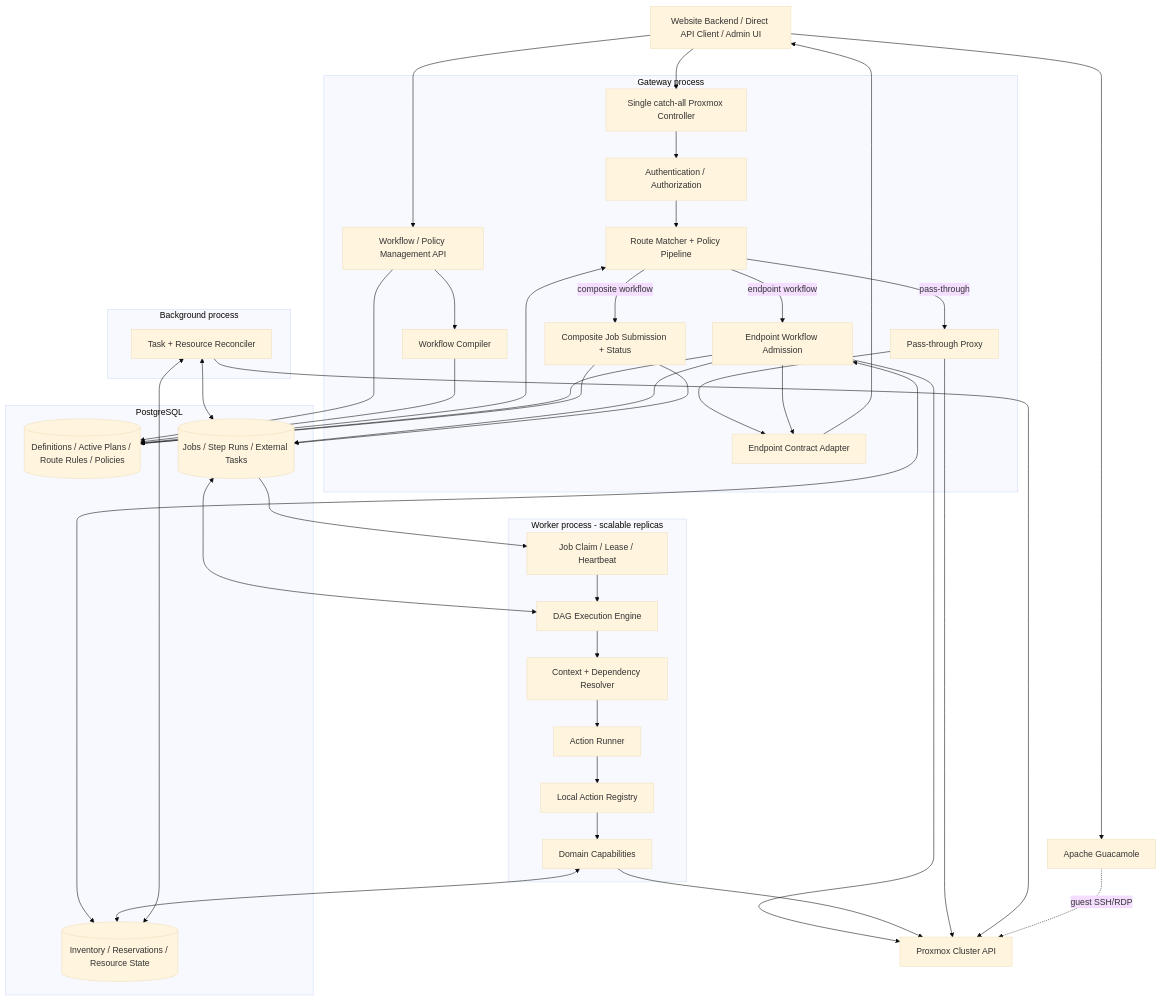
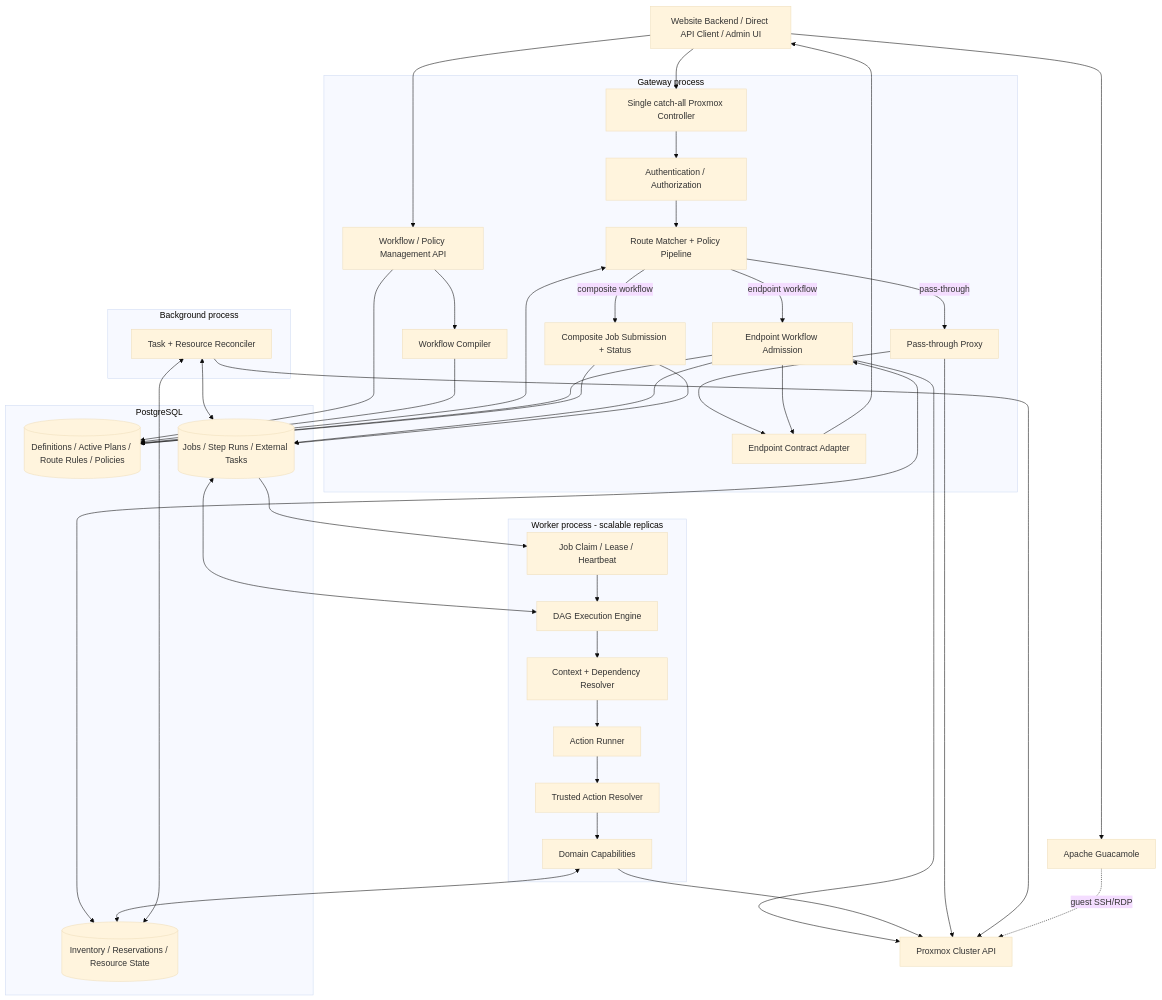
The second of 8 diagrams in README.md (chiennc4805/proxmox-load-balancer), drawn with Mermaid (base theme) before and after one commit. The commit also changed other lines of this file and 31 other files, not shown here.

````diff
--- a/README.md
+++ b/README.md
@@ -132,67 +132,67 @@
 ```mermaid
 flowchart TB
     CLIENT[Website Backend / Direct API Client / Admin UI]
 
     subgraph API[Gateway process]
         CTRL[Single catch-all Proxmox Controller]
         AUTH[Authentication / Authorization]
         ROUTE[Route Matcher + Policy Pipeline]
         PROXY[Pass-through Proxy]
         ADMIT[Endpoint Workflow Admission]
         RESP[Endpoint Contract Adapter]
         JOBAPI[Composite Job Submission + Status]
         MGMT[Workflow / Policy Management API]
         COMP[Workflow Compiler]
         CTRL --> AUTH --> ROUTE
         ROUTE -->|pass-through| PROXY --> RESP
         ROUTE -->|endpoint workflow| ADMIT --> RESP
         ROUTE -->|composite workflow| JOBAPI
         MGMT --> COMP
     end
 
     subgraph DB[PostgreSQL]
         WF[(Definitions / Active Plans / Route Rules / Policies)]
         JOBS[(Jobs / Step Runs / External Tasks)]
         RES[(Inventory / Reservations / Resource State)]
     end
 
     subgraph WORKER[Worker process - scalable replicas]
         CONSUMER[Job Claim / Lease / Heartbeat]
         ENGINE[DAG Execution Engine]
         CONTEXT[Context + Dependency Resolver]
         RUNNER[Action Runner]
-        REG[Local Action Registry]
+        REG[Trusted Action Resolver]
         CAP[Domain Capabilities]
         CONSUMER --> ENGINE --> CONTEXT --> RUNNER --> REG --> CAP
     end
 
     subgraph AUX[Background process]
         RECON[Task + Resource Reconciler]
     end
 
     PVE[Proxmox Cluster API]
     GUA[Apache Guacamole]
 
     CLIENT --> CTRL
     RESP --> CLIENT
     CLIENT --> MGMT
     CLIENT --> GUA
     MGMT --> WF
     COMP --> WF
     ROUTE <--> WF
     ADMIT --> WF
     ADMIT --> JOBS
     ADMIT <--> RES
     ADMIT --> PVE
     JOBAPI --> WF
     JOBAPI --> JOBS
     JOBS --> CONSUMER
     ENGINE <--> JOBS
     CAP <--> RES
     CAP --> PVE
     PROXY --> PVE
     RECON <--> JOBS
     RECON <--> RES
     RECON --> PVE
     GUA -. guest SSH/RDP .-> PVE
 ```
````
